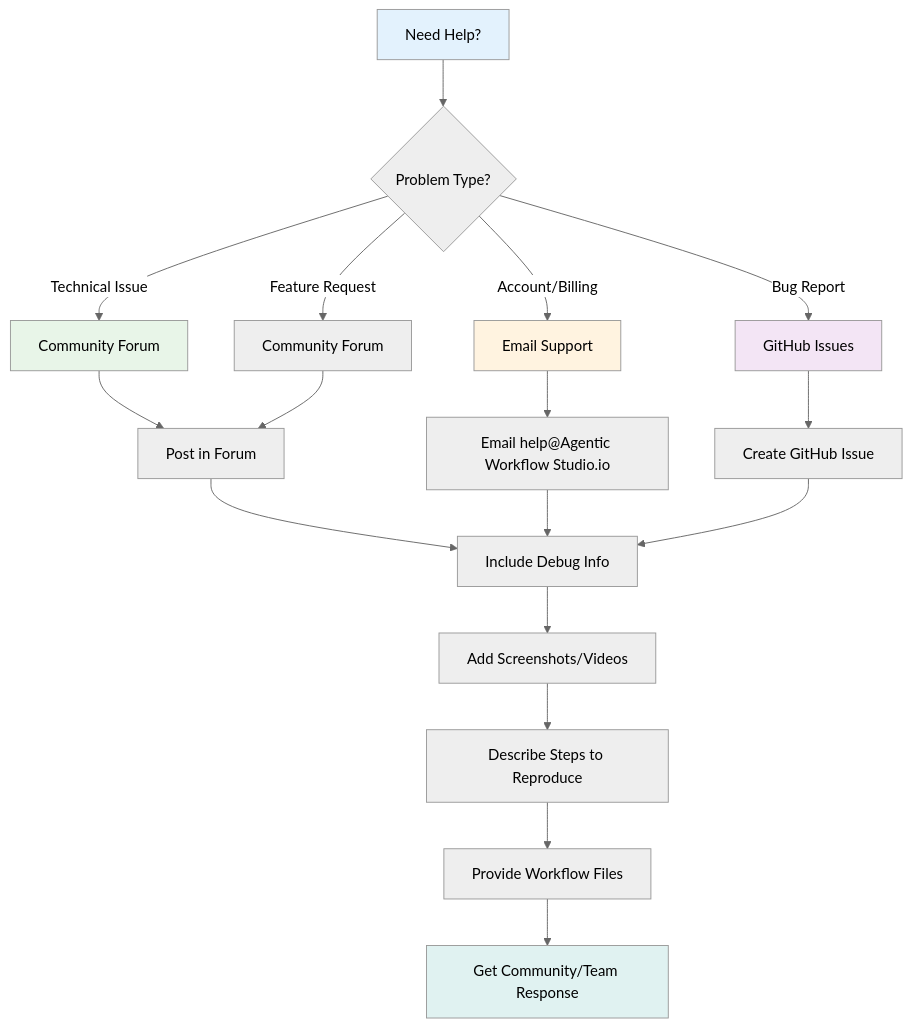
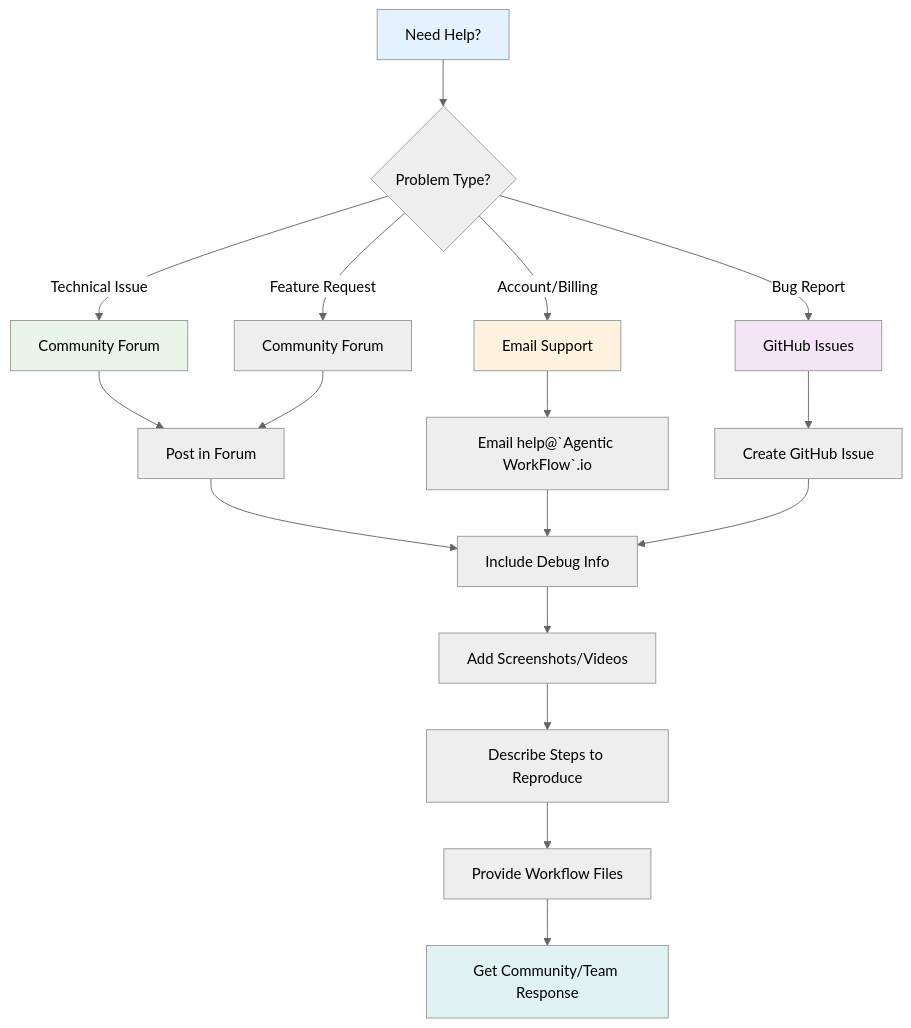
One commit to agentic-com/Agentic-Flow-Doc changed the first of 2 diagrams in src/content/docs/usage/help-and-community/help.md. Above: the diagram before and after it, drawn with Mermaid (neutral theme). The commit also changed other lines of this file and 182 other files, not shown here.

````diff
--- a/src/content/docs/usage/help-and-community/help.md
+++ b/src/content/docs/usage/help-and-community/help.md
@@ -14,29 +14,29 @@
 ```mermaid
 graph TB
     A[Need Help?] --> B{Problem Type?}
 
     B -->|Technical Issue| C[Community Forum]
     B -->|Account/Billing| D[Email Support]
     B -->|Bug Report| E[GitHub Issues]
     B -->|Feature Request| F[Community Forum]
 
     C --> G[Post in Forum]
-    D --> H[Email help@Agentic Workflow Studio.io]
+    D --> H[Email help@`Agentic WorkFlow`.io]
     E --> I[Create GitHub Issue]
     F --> G
 
     G --> J[Include Debug Info]
     H --> J
     I --> J
 
     J --> K[Add Screenshots/Videos]
     K --> L[Describe Steps to Reproduce]
     L --> M[Provide Workflow Files]
     M --> N[Get Community/Team Response]
 
     style A fill:#e3f2fd
     style C fill:#e8f5e8
     style D fill:#fff3e0
     style E fill:#f3e5f5
     style N fill:#e0f2f1
 ```
````
